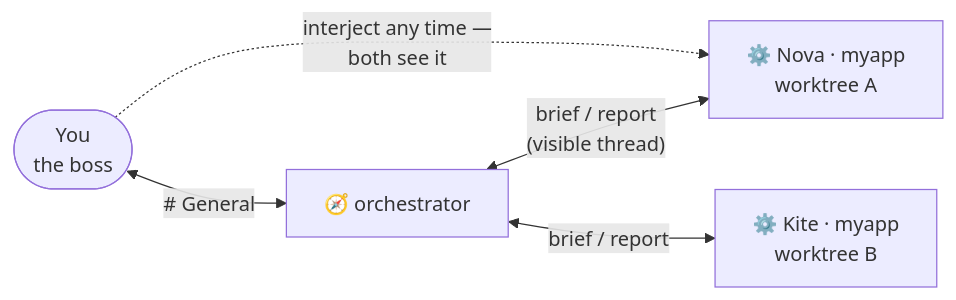
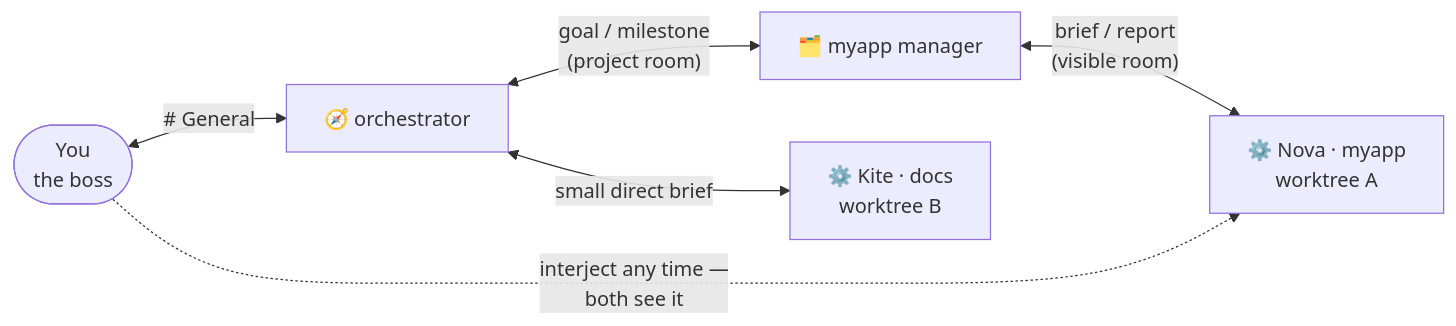
The first of 3 diagrams in README.md (Dri-water/be-a-boss), drawn with Mermaid before and after one commit. The commit also changed other lines of this file and 27 other files, not shown here.

````diff
--- a/README.md
+++ b/README.md
@@ -49,7 +50,8 @@
 ```mermaid
 flowchart LR
     H([You<br/>the boss]) <-->|"# General"| O["🧭 orchestrator"]
-    O <-->|"brief / report<br/>(visible thread)"| C1["⚙️ Nova · myapp<br/>worktree A"]
-    O <-->|"brief / report"| C2["⚙️ Kite · myapp<br/>worktree B"]
+    O <-->|"goal / milestone<br/>(project room)"| PM["🗂️ myapp manager"]
+    PM <-->|"brief / report<br/>(visible room)"| C1["⚙️ Nova · myapp<br/>worktree A"]
+    O <-->|"small direct brief"| C2["⚙️ Kite · docs<br/>worktree B"]
     H -.->|"interject any time —<br/>both see it"| C1
 ```
````
